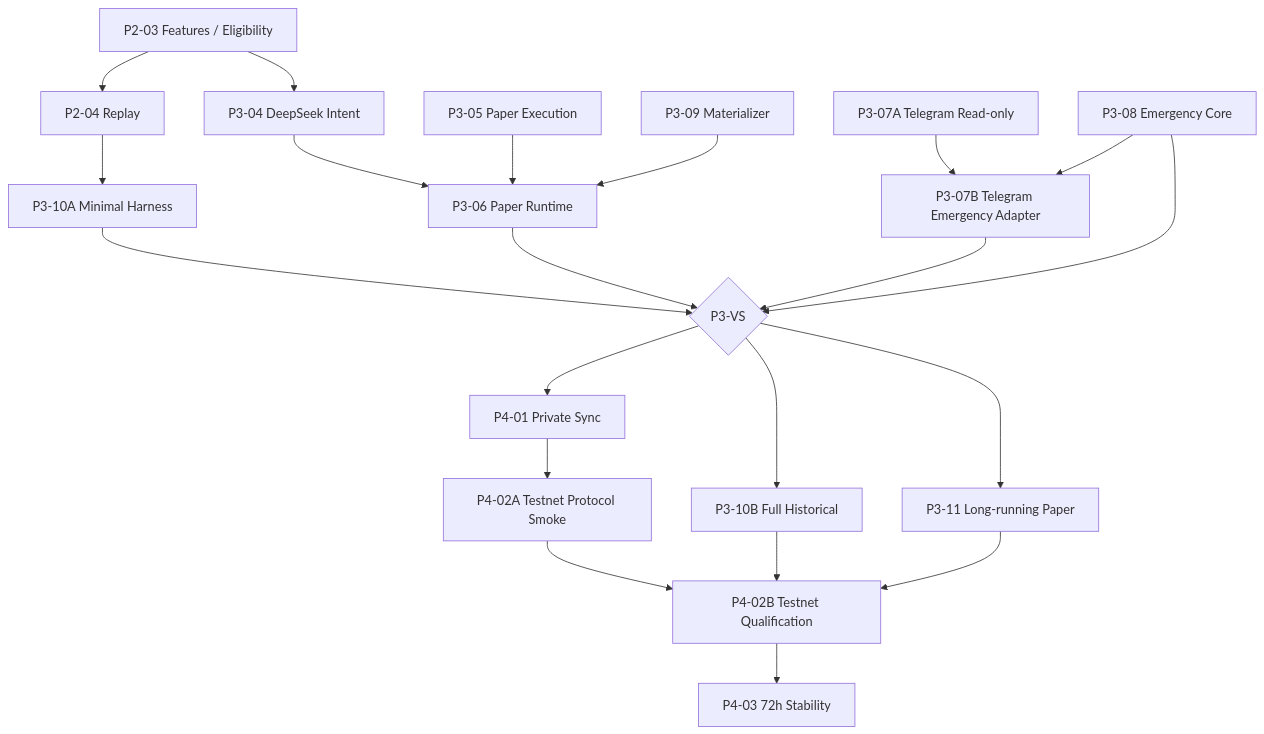
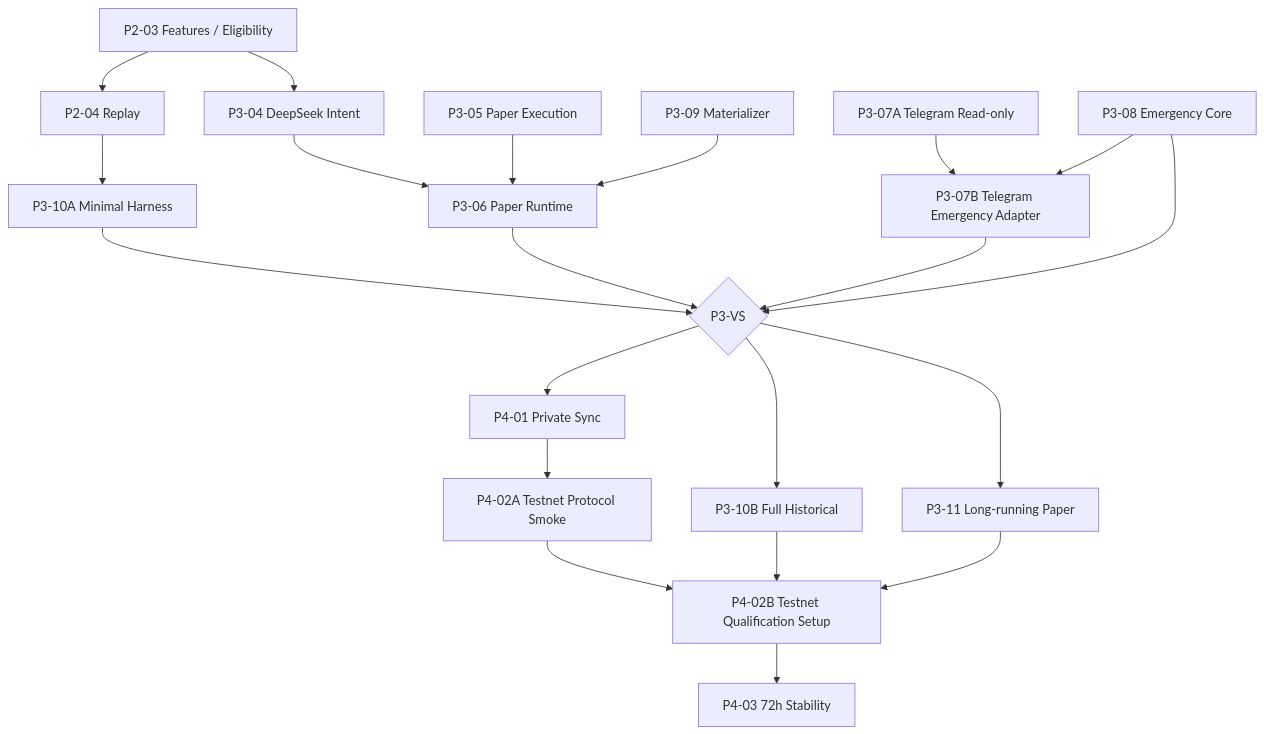
The diagram in docs/DEVELOPMENT_PLAN_V2_REVIEW_ACTIONS.md (misakimei123/iron-pilot), drawn with Mermaid before and after one commit. The commit also changed other lines of this file and 4 other files, not shown here.

````diff
--- a/docs/DEVELOPMENT_PLAN_V2_REVIEW_ACTIONS.md
+++ b/docs/DEVELOPMENT_PLAN_V2_REVIEW_ACTIONS.md
@@ -533,42 +532,42 @@
 ```mermaid
 flowchart TD
     P203["P2-03 Features / Eligibility"]
     P204["P2-04 Replay"]
     P304["P3-04 DeepSeek Intent"]
     P305["P3-05 Paper Execution"]
     P309["P3-09 Materializer"]
     P310A["P3-10A Minimal Harness"]
     P306["P3-06 Paper Runtime"]
     P307A["P3-07A Telegram Read-only"]
     P308["P3-08 Emergency Core"]
     P307B["P3-07B Telegram Emergency Adapter"]
     P3VS{"P3-VS"}
     P401["P4-01 Private Sync"]
     P402A["P4-02A Testnet Protocol Smoke"]
     P310B["P3-10B Full Historical"]
     P311["P3-11 Long-running Paper"]
-    P402B["P4-02B Testnet Qualification"]
+    P402B["P4-02B Testnet Qualification Setup"]
     P403["P4-03 72h Stability"]
 
     P203 --> P304
     P203 --> P204
     P204 --> P310A
     P304 --> P306
     P305 --> P306
     P309 --> P306
     P310A --> P3VS
     P306 --> P3VS
     P307A --> P307B
     P308 --> P307B
     P307B --> P3VS
     P308 --> P3VS
 
     P3VS --> P401
     P401 --> P402A
     P3VS --> P310B
     P3VS --> P311
     P402A --> P402B
     P310B --> P402B
     P311 --> P402B
     P402B --> P403
 ```
````
